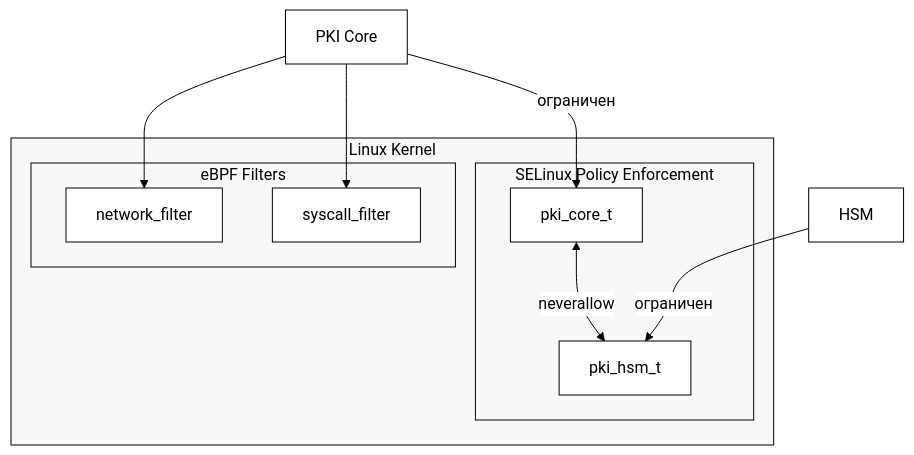
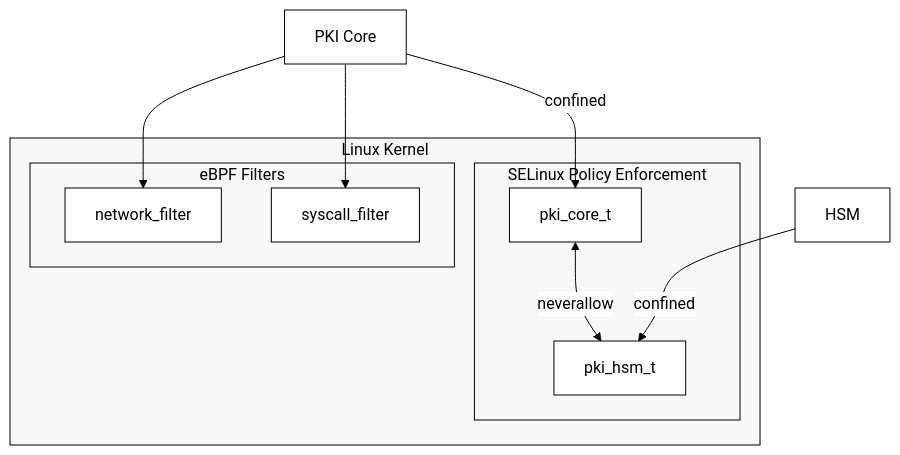
Before and after one commit to vasilievsv/hw.pki-on-box: the second of 2 diagrams in README.md, drawn with Mermaid. The commit also changed other lines of this file, not shown here.

````diff
--- a/README.md
+++ b/README.md
@@ -253,20 +225,20 @@
 ```mermaid
 %%{init: {'theme': 'base', 'themeVariables': {'primaryColor': '#ffffff', 'primaryTextColor': '#000000', 'primaryBorderColor': '#000000', 'lineColor': '#000000', 'secondaryColor': '#f0f0f0', 'tertiaryColor': '#ffffff', 'background': '#ffffff', 'mainBkg': '#ffffff', 'nodeBorder': '#000000', 'clusterBkg': '#f8f8f8', 'clusterBorder': '#000000', 'titleColor': '#000000', 'edgeLabelBackground': '#ffffff'}}}%%
 graph TB
     subgraph KERNEL["Linux Kernel"]
         subgraph SELINUX["SELinux Policy Enforcement"]
             PKI_CTX["pki_core_t"]
             HSM_CTX["pki_hsm_t"]
         end
         subgraph EBPF["eBPF Filters"]
             NET["network_filter"]
             SYS["syscall_filter"]
         end
     end
 
-    PKI[PKI Core] -->|ограничен| PKI_CTX
-    HSM[HSM] -->|ограничен| HSM_CTX
+    PKI[PKI Core] -->|confined| PKI_CTX
+    HSM[HSM] -->|confined| HSM_CTX
     PKI_CTX <-->|neverallow| HSM_CTX
     PKI --> NET
     PKI --> SYS
 ```
````
